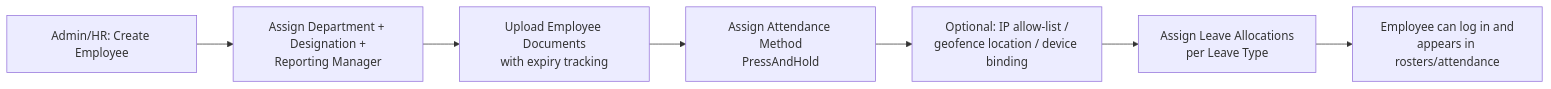
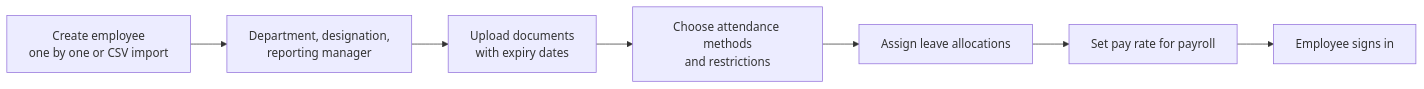
The fourth of 10 diagrams in docs/SYSTEM_WORKFLOW.md (PrantaRoy/hrm_plus), drawn with Mermaid before and after one commit. The commit also changed other lines of this file and 15 other files, not shown here.

````diff
--- a/docs/SYSTEM_WORKFLOW.md
+++ b/docs/SYSTEM_WORKFLOW.md
@@ -104,9 +195,9 @@
 ```mermaid
 flowchart LR
-    A[Admin/HR: Create Employee] --> B[Assign Department + Designation +<br/>Reporting Manager]
-    B --> C[Upload Employee Documents<br/>with expiry tracking]
-    C --> D[Assign Attendance Method<br/>PressAndHold]
-    D --> E[Optional: IP allow-list /<br/>geofence location / device binding]
-    E --> F[Assign Leave Allocations<br/>per Leave Type]
-    F --> G[Employee can log in and<br/>appears in rosters/attendance]
+    A[Create employee<br/>one by one or CSV import] --> B[Department, designation,<br/>reporting manager]
+    B --> C[Upload documents<br/>with expiry dates]
+    C --> D[Choose attendance methods<br/>and restrictions]
+    D --> E[Assign leave allocations]
+    E --> F[Set pay rate for payroll]
+    F --> G[Employee signs in]
 ```
````
